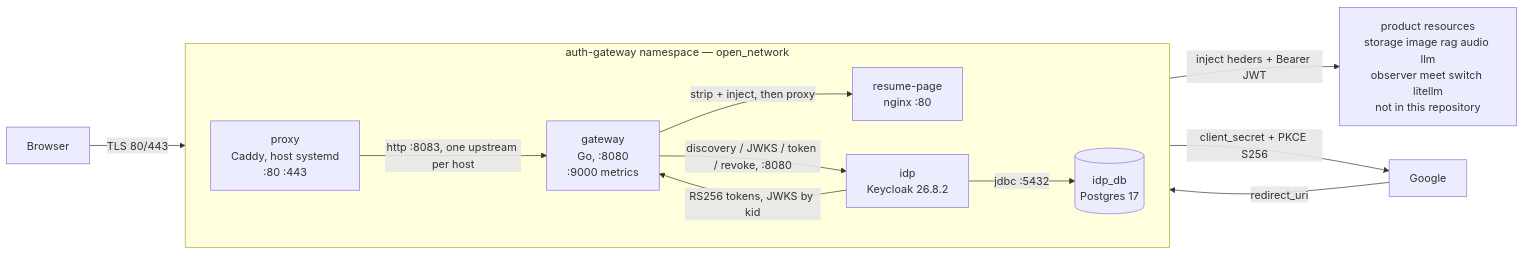
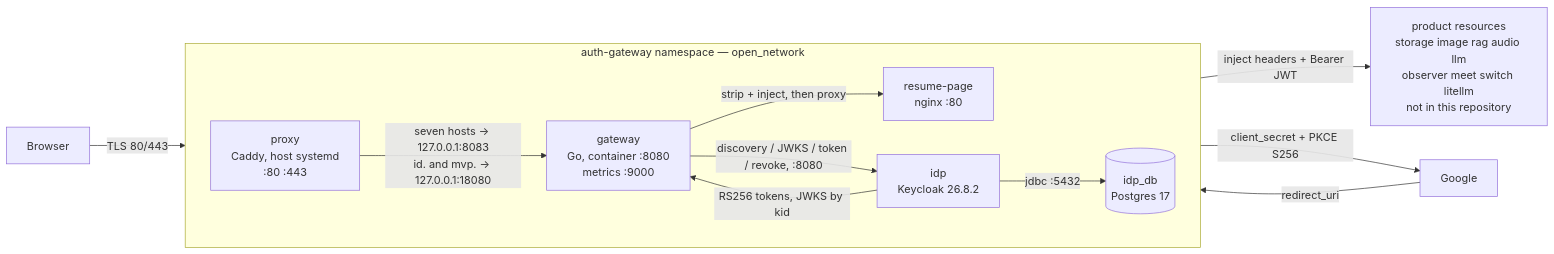
One commit to Aleshka5/Open-Storage changed the diagram in docs/auth-gateway/init.md. Above: the diagram before and after it, drawn with Mermaid. The commit also changed other lines of this file and 31 other files, not shown here.

````diff
--- a/docs/auth-gateway/init.md
+++ b/docs/auth-gateway/init.md
@@ -9,26 +9,26 @@
 ```mermaid
 flowchart LR
   B["Browser"]
   GO["Google"]
 
   subgraph NS["auth-gateway namespace — open_network"]
     direction LR
     P["proxy<br/>Caddy, host systemd<br/>:80 :443"]
-    G["gateway<br/>Go, :8080<br/>:9000 metrics"]
+    G["gateway<br/>Go, container :8080<br/>metrics :9000"]
     I["idp<br/>Keycloak 26.8.2"]
     D[("idp_db<br/>Postgres 17")]
     R["resume-page<br/>nginx :80"]
   end
 
   PR["product resources<br/>storage image rag audio llm<br/>observer meet switch litellm<br/>not in this repository"]
 
   B -->|"TLS 80/443"| P
-  P -->|"http :8083, one upstream per host"| G
+  P -->|"seven hosts → 127.0.0.1:8083<br/>id. and mvp. → 127.0.0.1:18080"| G
   G -->|"strip + inject, then proxy"| R
-  G -->|"inject heders + Bearer JWT"| PR
+  G -->|"inject headers + Bearer JWT"| PR
   G -->|"discovery / JWKS / token / revoke, :8080"| I
   I -->|"RS256 tokens, JWKS by kid"| G
   I -->|"jdbc :5432"| D
   I -->|"client_secret + PKCE S256"| GO
   GO -->|"redirect_uri"| I
 ```
````
